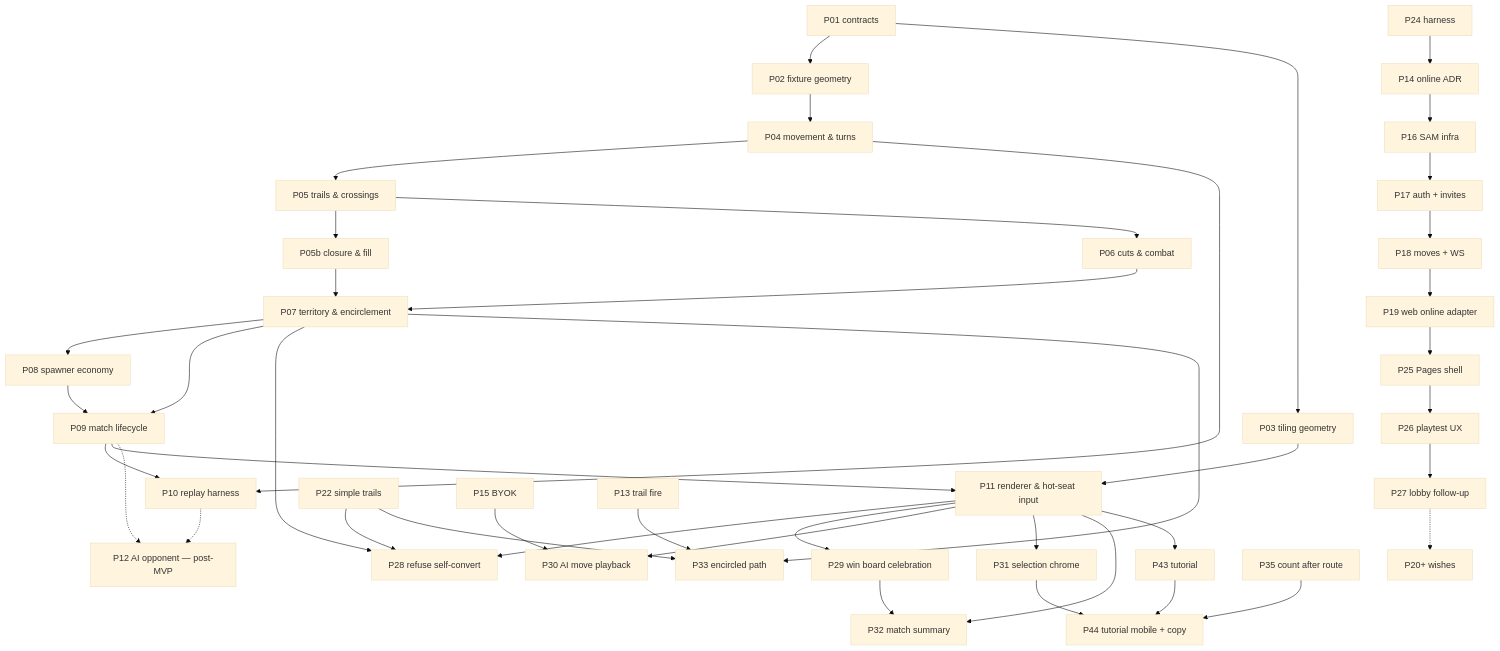
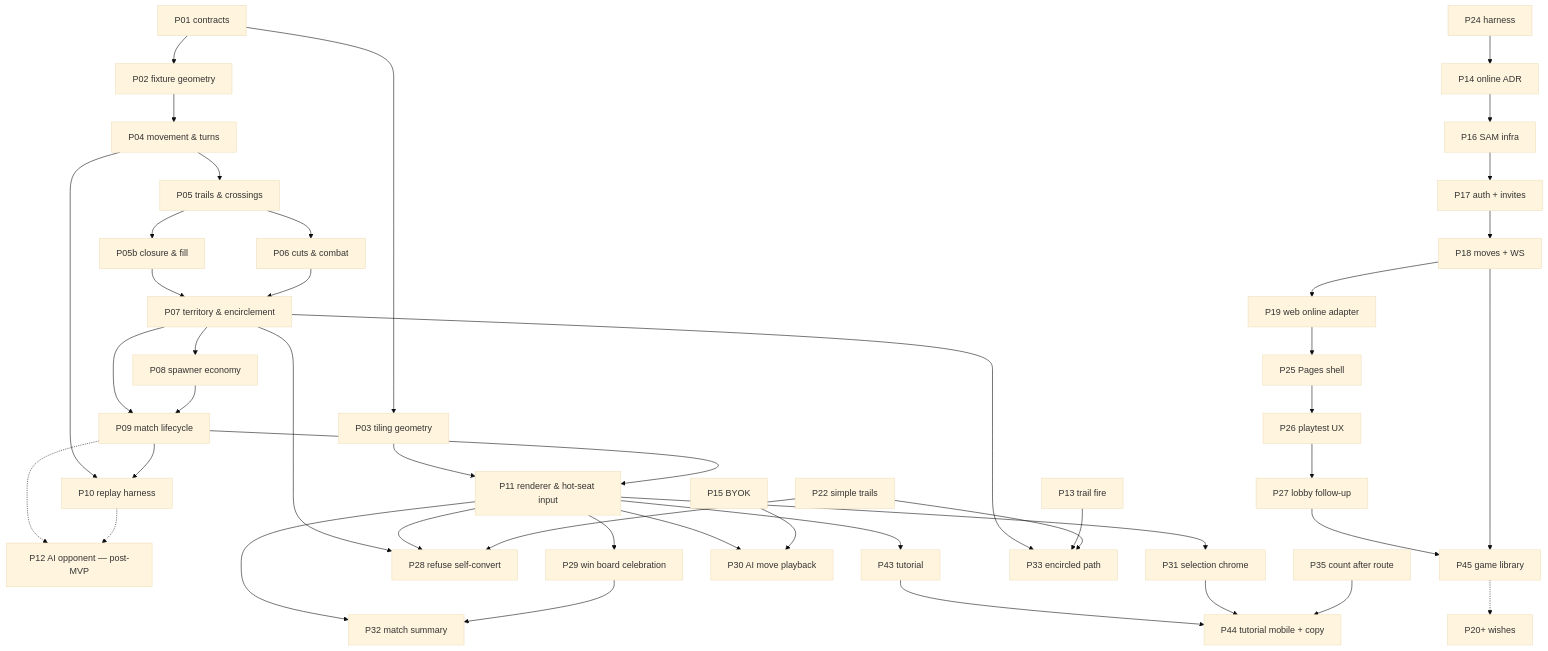
The diagram in docs/design/02-work-packets.md (hochgi/conquarrow), drawn with Mermaid (base theme) before and after one commit. The commit also changed other lines of this file and 30 other files, not shown here.

````diff
--- a/docs/design/02-work-packets.md
+++ b/docs/design/02-work-packets.md
@@ -80,45 +81,47 @@
 ```mermaid
 flowchart TD
   P01["P01 contracts"] --> P02["P02 fixture geometry"]
   P01 --> P03["P03 tiling geometry"]
   P02 --> P04["P04 movement & turns"]
   P04 --> P05["P05 trails & crossings"]
   P05 --> P05B["P05b closure & fill"]
   P05 --> P06["P06 cuts & combat"]
   P05B --> P07["P07 territory & encirclement"]
   P06 --> P07
   P07 --> P08["P08 spawner economy"]
   P07 --> P09["P09 match lifecycle"]
   P08 --> P09
   P04 --> P10["P10 replay harness"]
   P09 --> P10
   P03 --> P11["P11 renderer & hot-seat input"]
   P09 --> P11
   P09 -.-> P12["P12 AI opponent — post-MVP"]
   P10 -.-> P12
   P24["P24 harness"] --> P14["P14 online ADR"]
   P14 --> P16["P16 SAM infra"]
   P16 --> P17["P17 auth + invites"]
   P17 --> P18["P18 moves + WS"]
   P18 --> P19["P19 web online adapter"]
   P19 --> P25["P25 Pages shell"]
   P25 --> P26["P26 playtest UX"]
   P26 --> P27["P27 lobby follow-up"]
-  P27 -.-> P20["P20+ wishes"]
+  P27 --> P45["P45 game library"]
+  P18 --> P45
+  P45 -.-> P20["P20+ wishes"]
   P07 --> P28["P28 refuse self-convert"]
   P11 --> P28
   P22["P22 simple trails"] --> P28
   P11 --> P29["P29 win board celebration"]
   P11 --> P30["P30 AI move playback"]
   P15["P15 BYOK"] --> P30
   P11 --> P31["P31 selection chrome"]
   P11 --> P32["P32 match summary"]
   P29 --> P32
   P07 --> P33["P33 encircled path"]
   P13["P13 trail fire"] --> P33
   P22 --> P33
   P11 --> P43["P43 tutorial"]
   P43 --> P44["P44 tutorial mobile + copy"]
   P31 --> P44
   P35["P35 count after route"] --> P44
 ```
````
